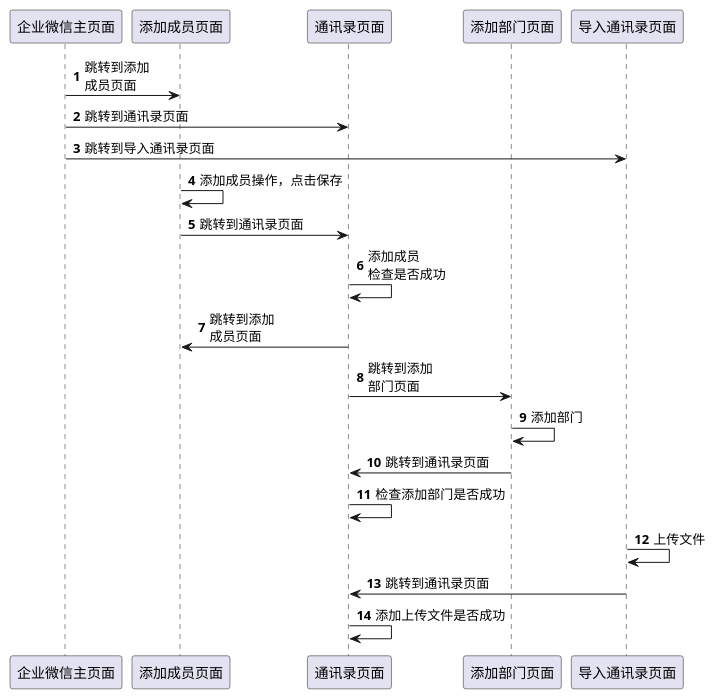
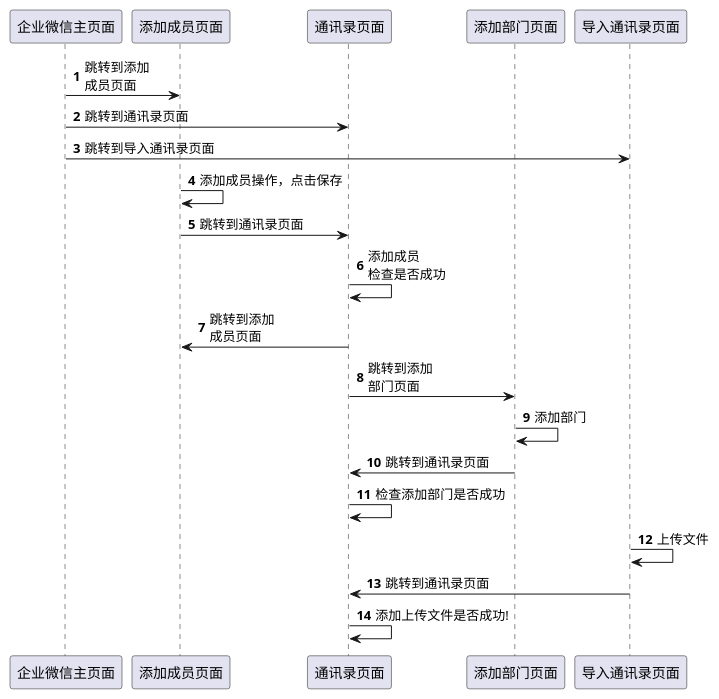
The diagram in po_homework/pohomework.puml (804142400/homework), drawn with PlantUML before and after one commit.

Commit message:
homework

```diff
--- a/po_homework/pohomework.puml
+++ b/po_homework/pohomework.puml
@@ -1,29 +1,29 @@
 @startuml
 'https://plantuml.com/sequence-diagram
 
 autonumber
 
 participant 企业微信主页面 as main
 participant 添加成员页面 as add_member
 participant 通讯录页面 as contact
 participant 添加部门页面 as add_department
 participant 导入通讯录页面 as import_contact
 
 
 
 main -> add_member: 跳转到添加\n成员页面
 main -> contact: 跳转到通讯录页面
 main -> import_contact: 跳转到导入通讯录页面
 add_member -> add_member: 添加成员操作，点击保存
 add_member -> contact: 跳转到通讯录页面
 contact -> contact: 添加成员\n检查是否成功
 contact -> add_member: 跳转到添加\n成员页面
 contact-> add_department: 跳转到添加\n部门页面
 add_department-> add_department: 添加部门
 add_department-> contact: 跳转到通讯录页面
 contact -> contact: 检查添加部门是否成功
 import_contact-> import_contact: 上传文件
 import_contact-> contact: 跳转到通讯录页面
-contact -> contact: 添加上传文件是否成功
+contact -> contact: 添加上传文件是否成功!
 
 @enduml
```
